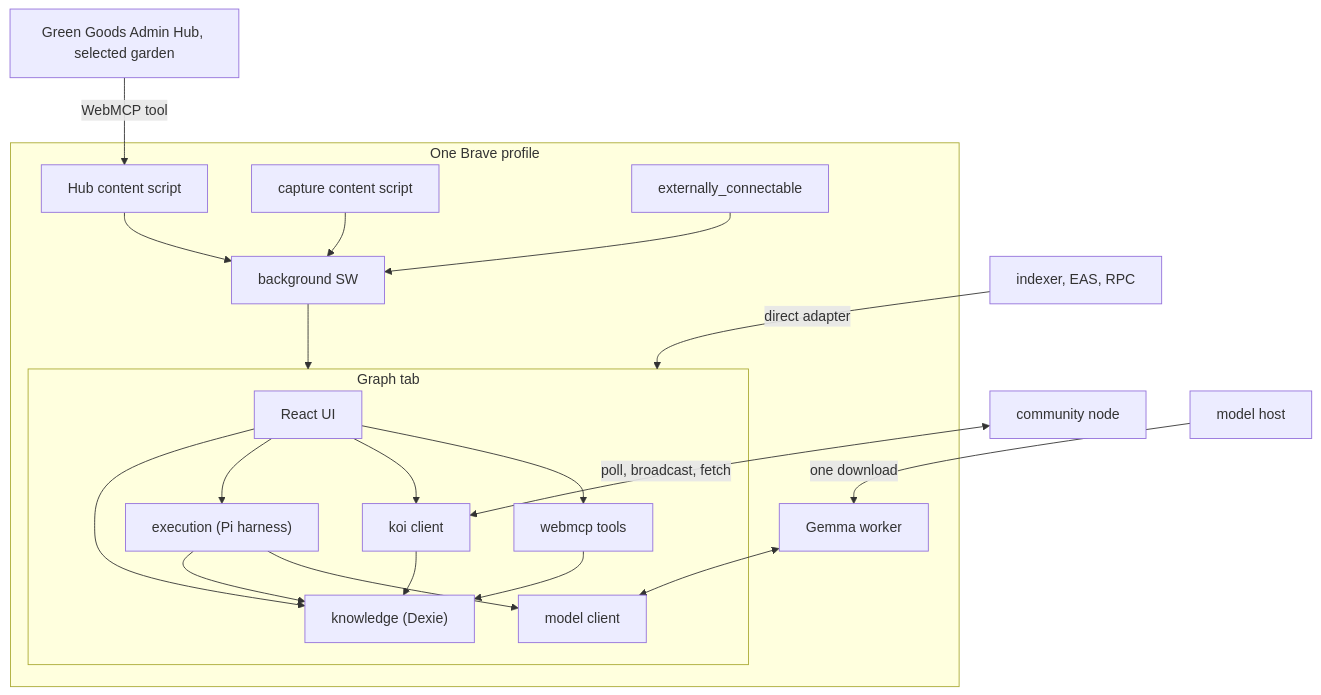
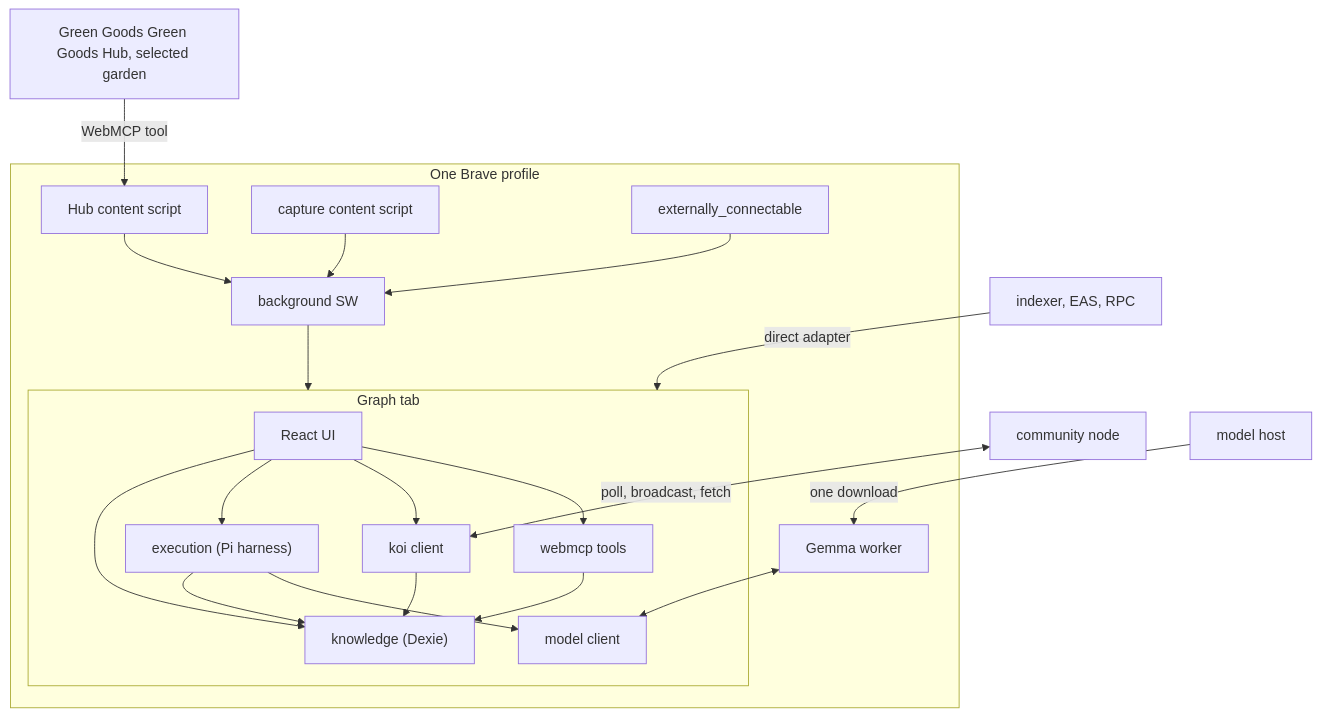
One commit to greenpill-dev-guild/green-goods changed the second of 6 diagrams in .plans/ideas/grove/prototype-architecture.md. Above: the diagram before and after it, drawn with Mermaid. The commit also changed other lines of this file and 10 other files, not shown here.

First line of the commit message:
docs(plans): name the local steward surface Green Goods Hub

````diff
--- a/.plans/ideas/grove/prototype-architecture.md
+++ b/.plans/ideas/grove/prototype-architecture.md
@@ -56,24 +56,24 @@
 ```mermaid
 flowchart TB
   subgraph Browser["One Brave profile"]
     subgraph Tab["Graph tab"]
       UI["React UI"] --> KN["knowledge (Dexie)"]
       UI --> EX["execution (Pi harness)"]
       EX --> KN
       EX --> MW["model client"]
       UI --> KO["koi client"]
       KO --> KN
       UI --> WT["webmcp tools"]
       WT --> KN
     end
     W["Gemma worker"] <--> MW
     BG["background SW"] --> Tab
     GGCS["Hub content script"] --> BG
     CAP["capture content script"] --> BG
     EXTAPI["externally_connectable"] --> BG
   end
-  PAGE["Green Goods Admin Hub, selected garden"] -->|"WebMCP tool"| GGCS
+  PAGE["Green Goods Green Goods Hub, selected garden"] -->|"WebMCP tool"| GGCS
   NET["indexer, EAS, RPC"] -->|"direct adapter"| Tab
   PEER["community node"] <-->|"poll, broadcast, fetch"| KO
   HF["model host"] -->|"one download"| W
 ```
````
